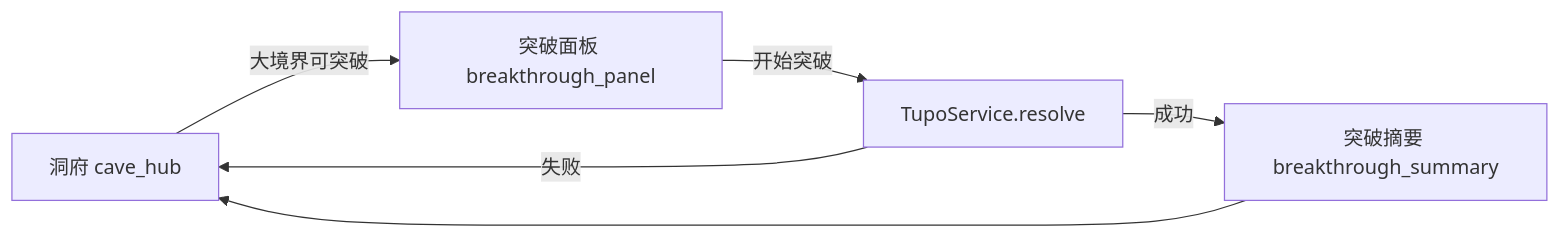
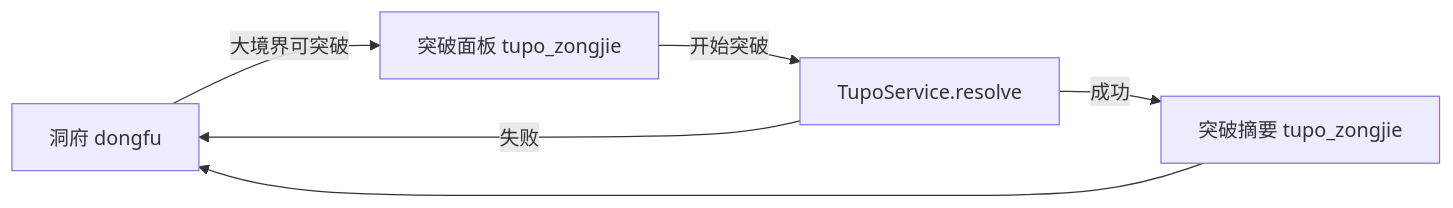
Before and after one commit to consai/xiuxian-lilian: the diagram in docs/breakthrough-system.md, drawn with Mermaid. The commit also changed other lines of this file and 25 other files, not shown here.

````diff
--- a/docs/breakthrough-system.md
+++ b/docs/breakthrough-system.md
@@ -20,8 +20,8 @@
 ```mermaid
 flowchart LR
-  Hub[洞府 cave_hub] -->|大境界可突破| Panel[突破面板 breakthrough_panel]
+  Hub[洞府 dongfu] -->|大境界可突破| Panel[突破面板 tupo_zongjie]
   Panel -->|开始突破| Resolve[TupoService.resolve]
-  Resolve -->|成功| Summary[突破摘要 breakthrough_summary]
+  Resolve -->|成功| Summary[突破摘要 tupo_zongjie]
   Resolve -->|失败| Hub
   Summary --> Hub
 ```
````
